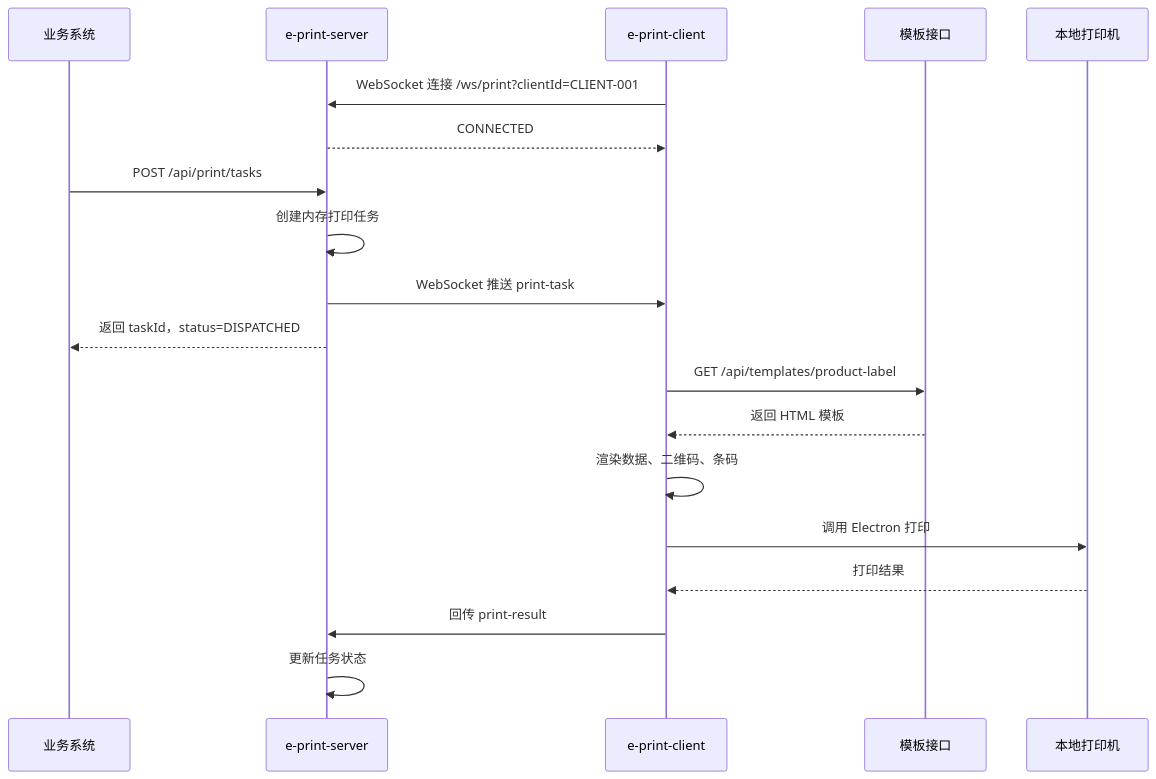
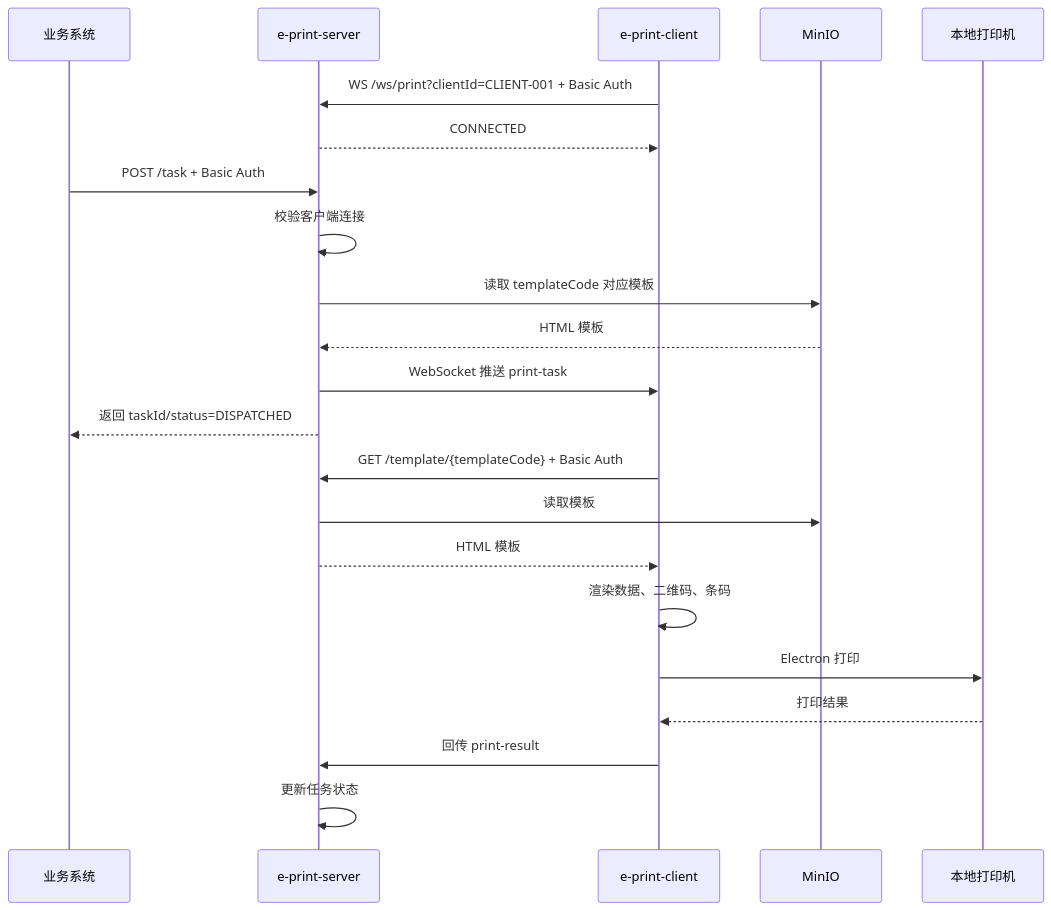
One commit to RicoFung/e-print changed the diagram in README.md. Above: the diagram before and after it, drawn with Mermaid. The commit also changed other lines of this file and 55 other files, not shown here.

````diff
--- a/README.md
+++ b/README.md
@@ -181,24 +144,27 @@
 ```mermaid
 sequenceDiagram
     participant Biz as 业务系统
     participant Server as e-print-server
     participant Client as e-print-client
-    participant Template as 模板接口
+    participant MinIO as MinIO
     participant Printer as 本地打印机
 
-    Client->>Server: WebSocket 连接 /ws/print?clientId=CLIENT-001
+    Client->>Server: WS /ws/print?clientId=CLIENT-001 + Basic Auth
     Server-->>Client: CONNECTED
 
-    Biz->>Server: POST /api/print/tasks
-    Server->>Server: 创建内存打印任务
+    Biz->>Server: POST /task + Basic Auth
+    Server->>Server: 校验客户端连接
+    Server->>MinIO: 读取 templateCode 对应模板
+    MinIO-->>Server: HTML 模板
     Server->>Client: WebSocket 推送 print-task
-    Server-->>Biz: 返回 taskId，status=DISPATCHED
+    Server-->>Biz: 返回 taskId/status=DISPATCHED
 
-    Client->>Template: GET /api/templates/product-label
-    Template-->>Client: 返回 HTML 模板
+    Client->>Server: GET /template/{templateCode} + Basic Auth
+    Server->>MinIO: 读取模板
+    Server-->>Client: HTML 模板
     Client->>Client: 渲染数据、二维码、条码
-    Client->>Printer: 调用 Electron 打印
+    Client->>Printer: Electron 打印
     Printer-->>Client: 打印结果
     Client->>Server: 回传 print-result
     Server->>Server: 更新任务状态
 ```
````
